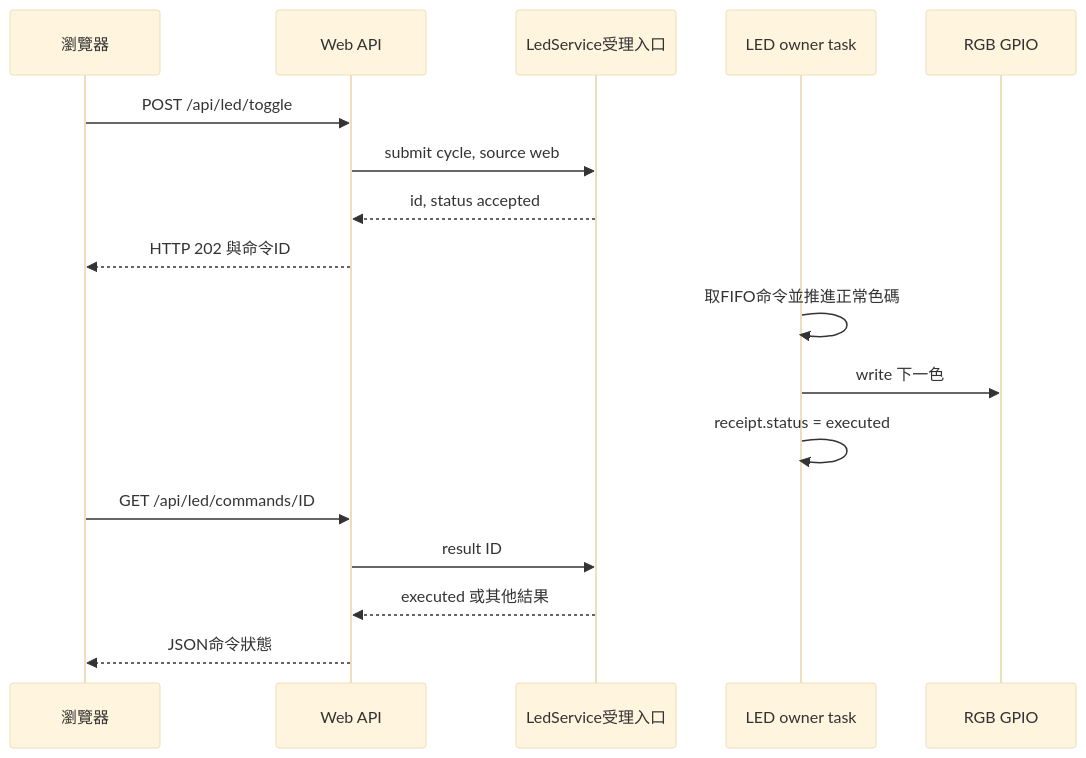
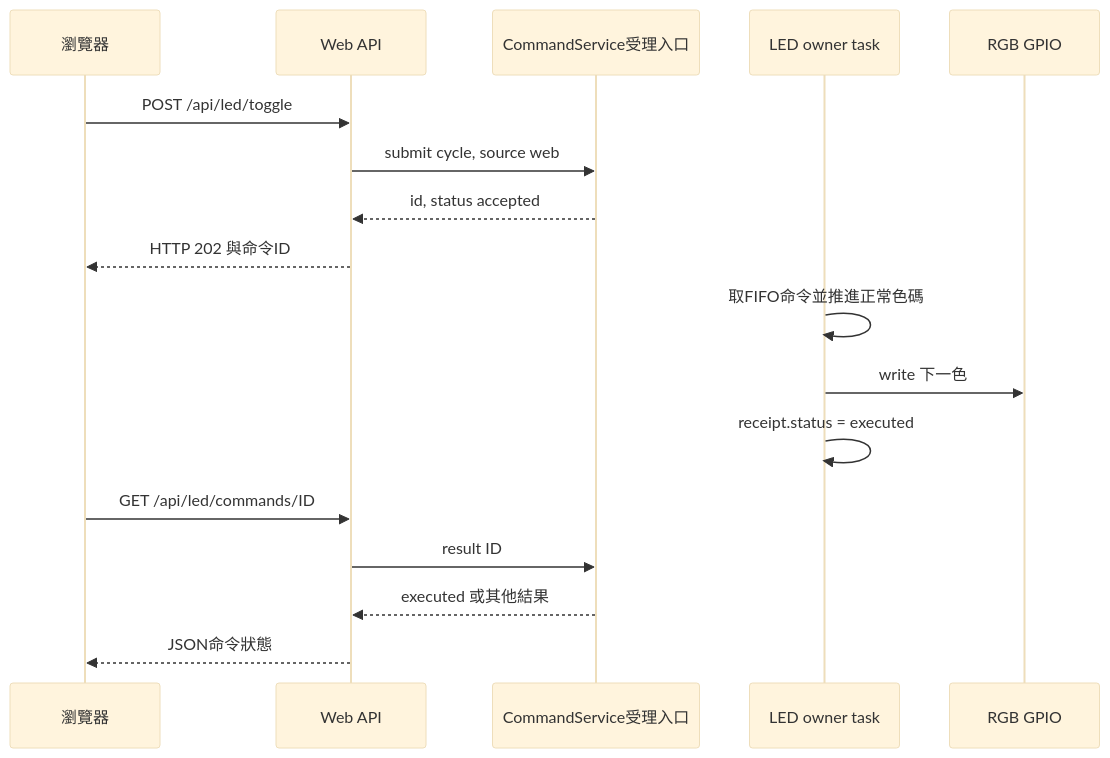
One commit to change918418-tech/IoT_Course changed diagram 19 of 21 in LED_SINGLE_OWNER_GUIDE.md. Above: the diagram before and after it, drawn with Mermaid (base theme). The commit also changed other lines of this file and 2 other files, not shown here.

Commit message:
docs: synchronize P1 LED guides and config instructions

````diff
--- a/LED_SINGLE_OWNER_GUIDE.md
+++ b/LED_SINGLE_OWNER_GUIDE.md
@@ -1017,19 +1018,19 @@
 ```mermaid
 sequenceDiagram
     participant Browser as 瀏覽器
     participant Api as Web API
-    participant Service as LedService受理入口
+    participant Service as CommandService受理入口
     participant Owner as LED owner task
     participant Pins as RGB GPIO
     Browser->>Api: POST /api/led/toggle
     Api->>Service: submit cycle, source web
     Service-->>Api: id, status accepted
     Api-->>Browser: HTTP 202 與命令ID
     Owner->>Owner: 取FIFO命令並推進正常色碼
     Owner->>Pins: write 下一色
     Owner->>Owner: receipt.status = executed
     Browser->>Api: GET /api/led/commands/ID
     Api->>Service: result ID
     Service-->>Api: executed 或其他結果
     Api-->>Browser: JSON命令狀態
 ```
````
